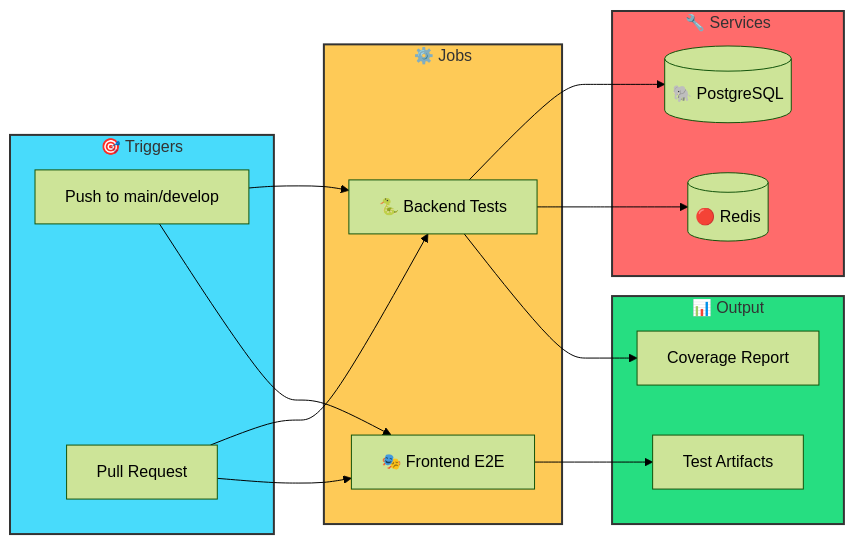
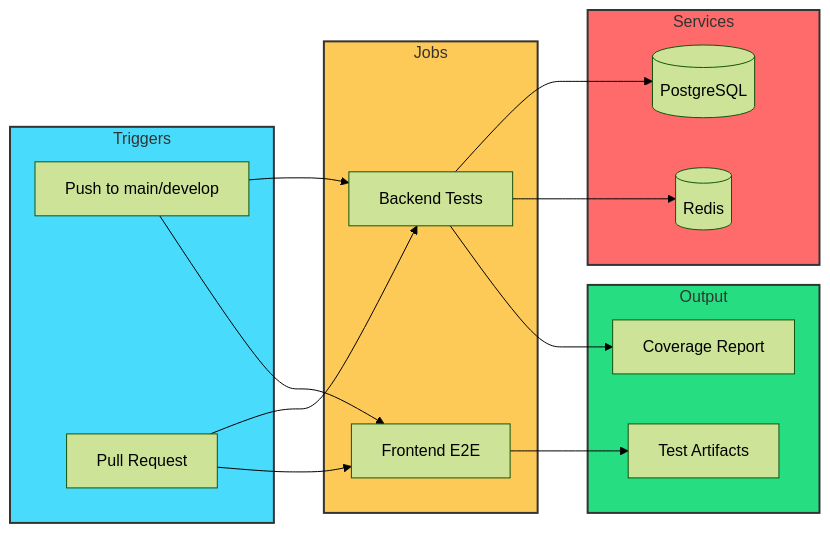
The third of 3 diagrams in docs/operations/testing.md (CHA0S-CORP/SkySpyDocs), drawn with Mermaid (forest theme) before and after one commit. The commit also changed other lines of this file, not shown here.

````diff
--- a/docs/operations/testing.md
+++ b/docs/operations/testing.md
@@ -777,38 +705,38 @@
 ```mermaid
 flowchart LR
-    subgraph Trigger["🎯 Triggers"]
+    subgraph Trigger["Triggers"]
         PUSH[Push to main/develop]
         PR[Pull Request]
     end
 
-    subgraph Jobs["⚙️ Jobs"]
-        BE[🐍 Backend Tests]
-        FE[🎭 Frontend E2E]
+    subgraph Jobs["Jobs"]
+        BE[Backend Tests]
+        FE[Frontend E2E]
     end
 
-    subgraph Services["🔧 Services"]
-        PG[(🐘 PostgreSQL)]
-        RD[(🔴 Redis)]
+    subgraph Services["Services"]
+        PG[(PostgreSQL)]
+        RD[(Redis)]
     end
 
-    subgraph Output["📊 Output"]
+    subgraph Output["Output"]
         COV[Coverage Report]
         ART[Test Artifacts]
     end
 
     PUSH --> BE
     PUSH --> FE
     PR --> BE
     PR --> FE
 
     BE --> PG
     BE --> RD
     BE --> COV
 
     FE --> ART
 
     style Trigger fill:#48dbfb,stroke:#333,stroke-width:2px
     style Jobs fill:#feca57,stroke:#333,stroke-width:2px
     style Services fill:#ff6b6b,stroke:#333,stroke-width:2px
     style Output fill:#26de81,stroke:#333,stroke-width:2px
 ```
````
